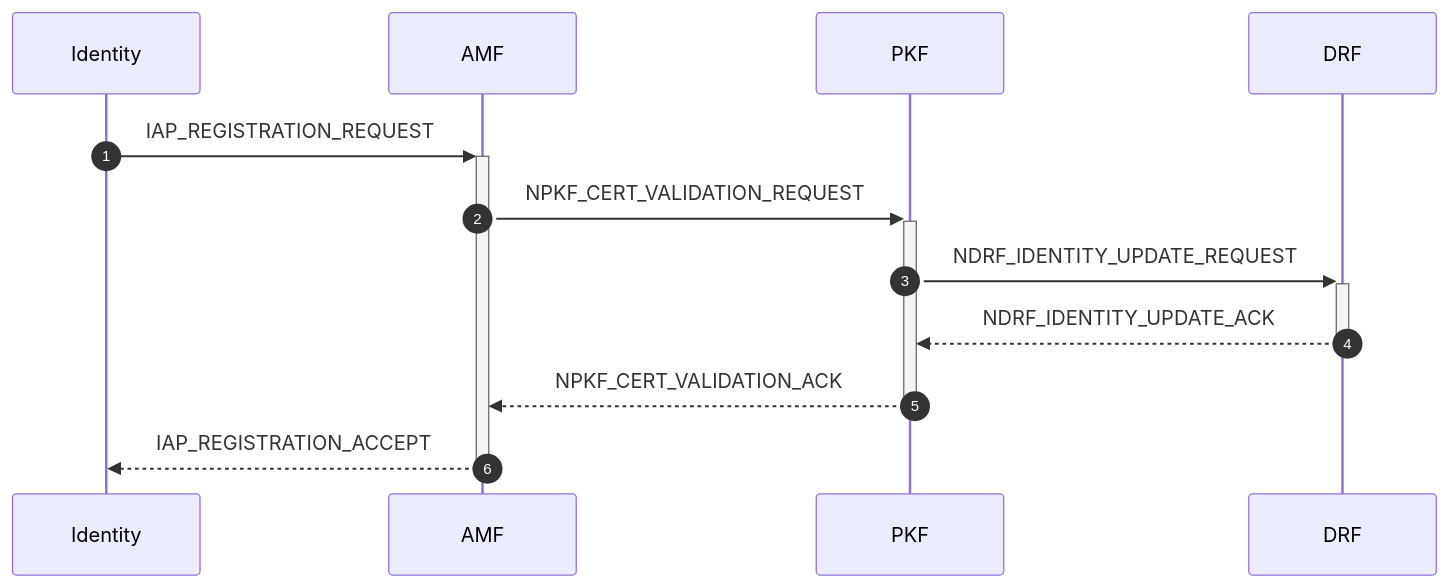
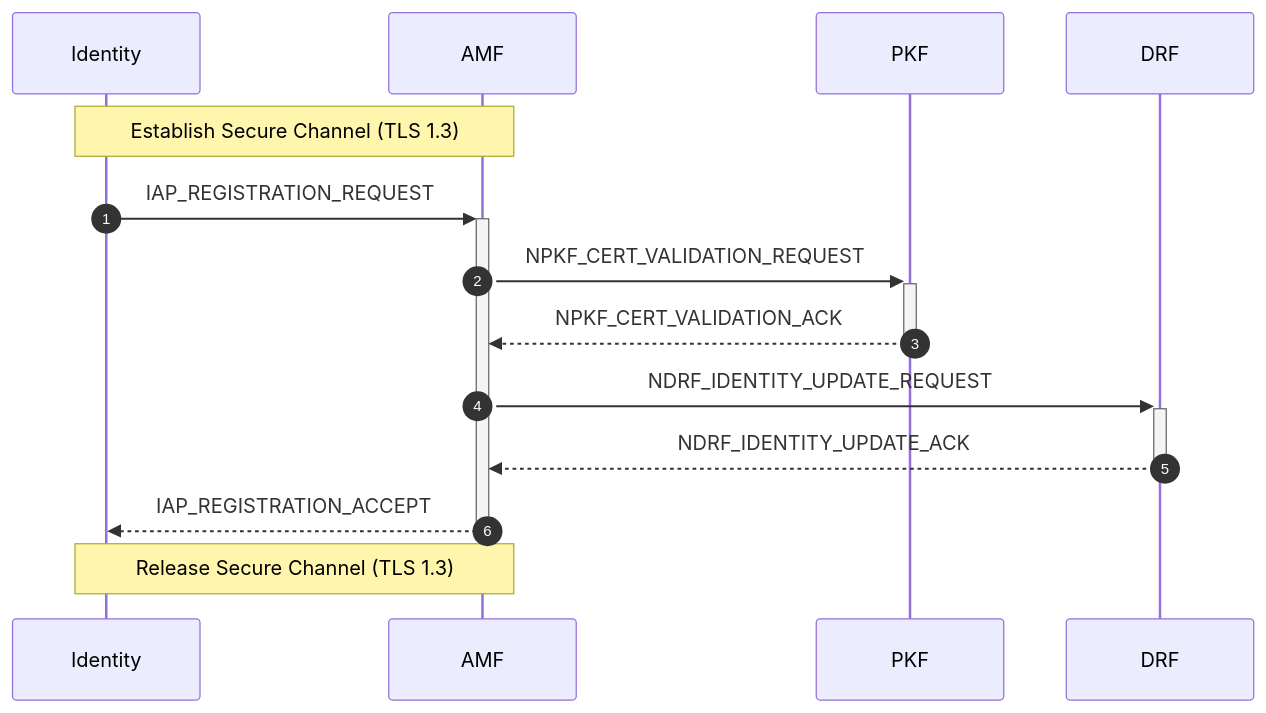
The seventh of 16 diagrams in doc/doc-spec/00-series-general/00.002-procedure.md (veil-link/veilink), drawn with Mermaid before and after one commit. The commit also changed other lines of this file and 1 other file, not shown here.

Commit message:
feat: session and identity operation

````diff
--- a/doc/doc-spec/00-series-general/00.002-procedure.md
+++ b/doc/doc-spec/00-series-general/00.002-procedure.md
@@ -161,16 +157,18 @@
 ```mermaid
 sequenceDiagram
     autonumber
 
     participant id as Identity
     participant amf as AMF
     participant pkf as PKF
     participant drf as DRF
 
+    Note over id, amf: Establish Secure Channel (TLS 1.3)
     id ->>+ amf: IAP_REGISTRATION_REQUEST
     amf ->>+ pkf: NPKF_CERT_VALIDATION_REQUEST
-    pkf ->>+ drf: NDRF_IDENTITY_UPDATE_REQUEST
-    drf -->>- pkf: NDRF_IDENTITY_UPDATE_ACK
     pkf -->>- amf: NPKF_CERT_VALIDATION_ACK
+    amf ->>+ drf: NDRF_IDENTITY_UPDATE_REQUEST
+    drf -->>- amf: NDRF_IDENTITY_UPDATE_ACK
     amf -->>- id: IAP_REGISTRATION_ACCEPT
+    Note over id, amf: Release Secure Channel (TLS 1.3)
 ```
````
